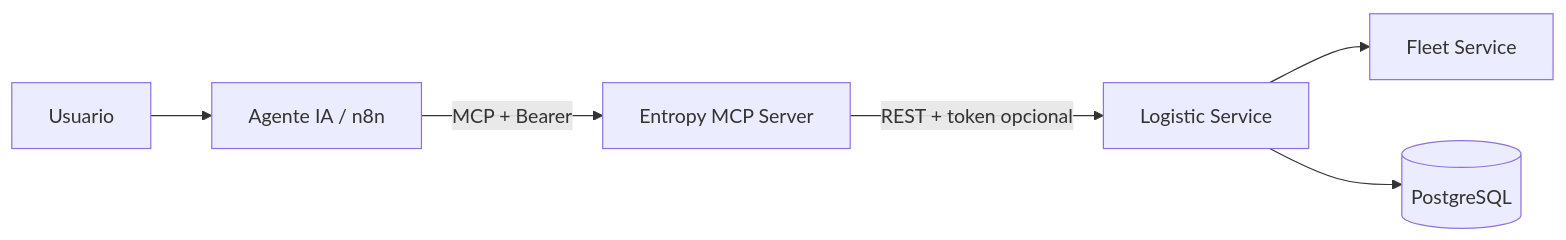
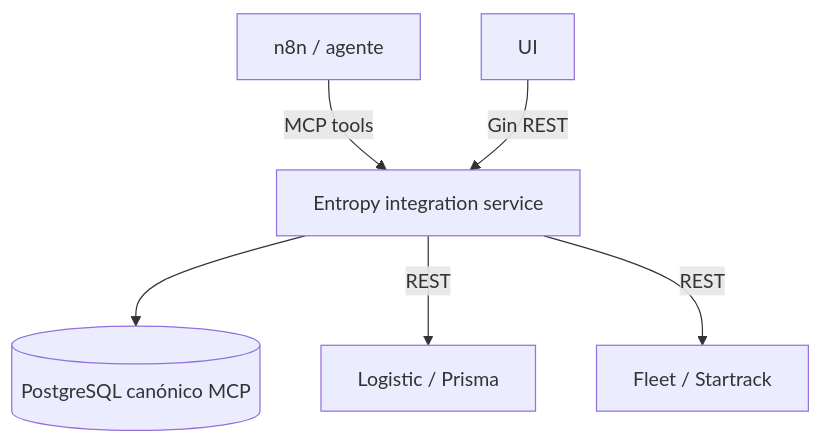
One commit to tariq-ventura/entropy-mcp-server changed the diagram in README.md. Above: the diagram before and after it, drawn with Mermaid. The commit also changed other lines of this file and 1 other file, not shown here.

````diff
--- a/README.md
+++ b/README.md
@@ -28,8 +7,8 @@
 ```mermaid
-flowchart LR
-    U["Usuario"] --> A["Agente IA / n8n"]
-    A -->|"MCP + Bearer"| M["Entropy MCP Server"]
-    M -->|"REST + token opcional"| L["Logistic Service"]
-    L --> F["Fleet Service"]
-    L --> D[("PostgreSQL")]
+flowchart TB
+    N["n8n / agente"] -->|MCP tools| M["Entropy integration service"]
+    U["UI"] -->|Gin REST| M
+    M --> C[("PostgreSQL canónico MCP")]
+    M -->|REST| P["Logistic / Prisma"]
+    M -->|REST| S["Fleet / Startrack"]
 ```
````
